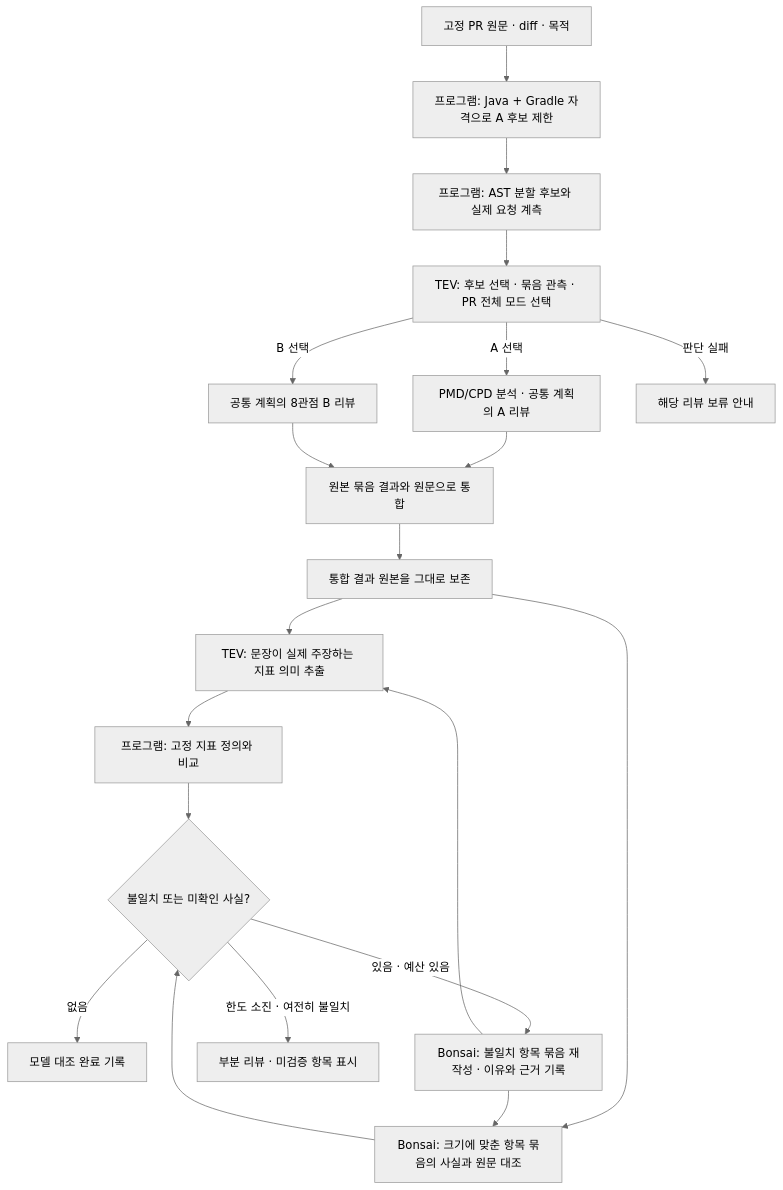
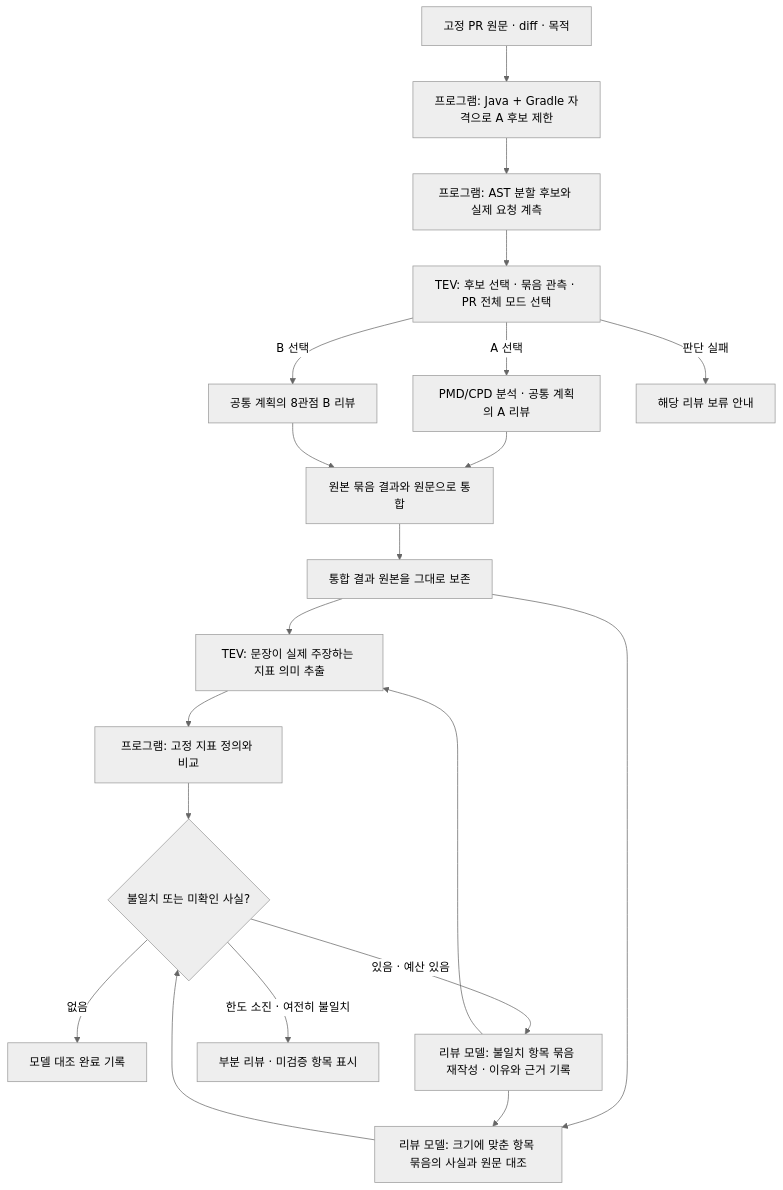
Before and after one commit to pureliture/intent-review-bot: the diagram in docs/review-fact-verification.md, drawn with Mermaid (neutral theme). The commit also changed other lines of this file and 3 other files, not shown here.

````diff
--- a/docs/review-fact-verification.md
+++ b/docs/review-fact-verification.md
@@ -19,22 +19,22 @@
 ```mermaid
 flowchart TD
     F[고정 PR 원문 · diff · 목적] --> E[프로그램: Java + Gradle 자격으로 A 후보 제한]
     E --> P[프로그램: AST 분할 후보와 실제 요청 계측]
     P --> T[TEV: 후보 선택 · 묶음 관측 · PR 전체 모드 선택]
     T -->|A 선택| A[PMD/CPD 분석 · 공통 계획의 A 리뷰]
     T -->|B 선택| B[공통 계획의 8관점 B 리뷰]
     T -->|판단 실패| N[해당 리뷰 보류 안내]
     A --> I[원본 묶음 결과와 원문으로 통합]
     B --> I
     I --> O[통합 결과 원본을 그대로 보존]
     O --> M[TEV: 문장이 실제 주장하는 지표 의미 추출]
     M --> D[프로그램: 고정 지표 정의와 비교]
-    O --> C[Bonsai: 크기에 맞춘 항목 묶음의 사실과 원문 대조]
+    O --> C[리뷰 모델: 크기에 맞춘 항목 묶음의 사실과 원문 대조]
     D --> G{불일치 또는 미확인 사실?}
     C --> G
     G -->|없음| R[모델 대조 완료 기록]
-    G -->|있음 · 예산 있음| W[Bonsai: 불일치 항목 묶음 재작성 · 이유와 근거 기록]
+    G -->|있음 · 예산 있음| W[리뷰 모델: 불일치 항목 묶음 재작성 · 이유와 근거 기록]
     W --> M
     W --> C
     G -->|한도 소진 · 여전히 불일치| U[부분 리뷰 · 미검증 항목 표시]
 ```
````
